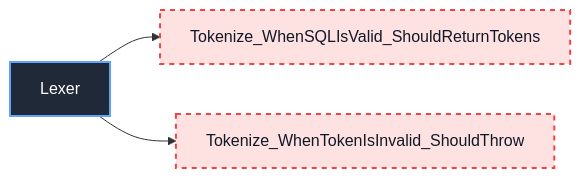
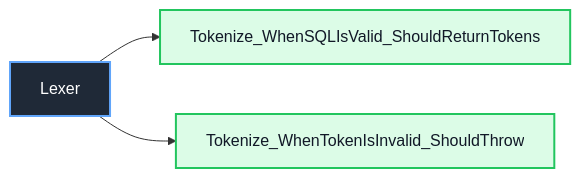
Diagram 25 of 31 in docs/unit-test/README.md (manaxpow/DBMS), drawn with Mermaid before and after one commit. The commit also changed other lines of this file and 9 other files, not shown here.

Commit message:
Update sequence and class diagram for query processor

````diff
--- a/docs/unit-test/README.md
+++ b/docs/unit-test/README.md
@@ -543,14 +570,14 @@
 ```mermaid
 flowchart LR
     Class_Lexer["Lexer"]
 
     Class_Lexer --> LEX_001["Tokenize_WhenSQLIsValid_ShouldReturnTokens"]
     Class_Lexer --> LEX_002["Tokenize_WhenTokenIsInvalid_ShouldThrow"]
 
     classDef classNode fill:#1f2937,stroke:#60a5fa,color:#ffffff,stroke-width:2px
     classDef completedTest fill:#dcfce7,stroke:#22c55e,color:#111827,stroke-width:2px
     classDef missingTest fill:#fee2e2,stroke:#ef4444,color:#111827,stroke-width:2px,stroke-dasharray: 5 5
 
     class Class_Lexer classNode
-    class LEX_001,LEX_002 missingTest
+    class LEX_001,LEX_002 completedTest
 ```
````
